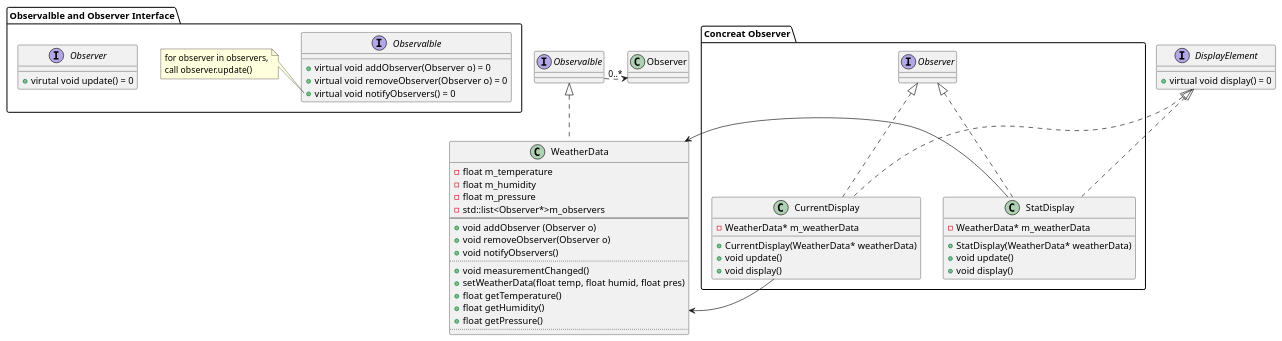
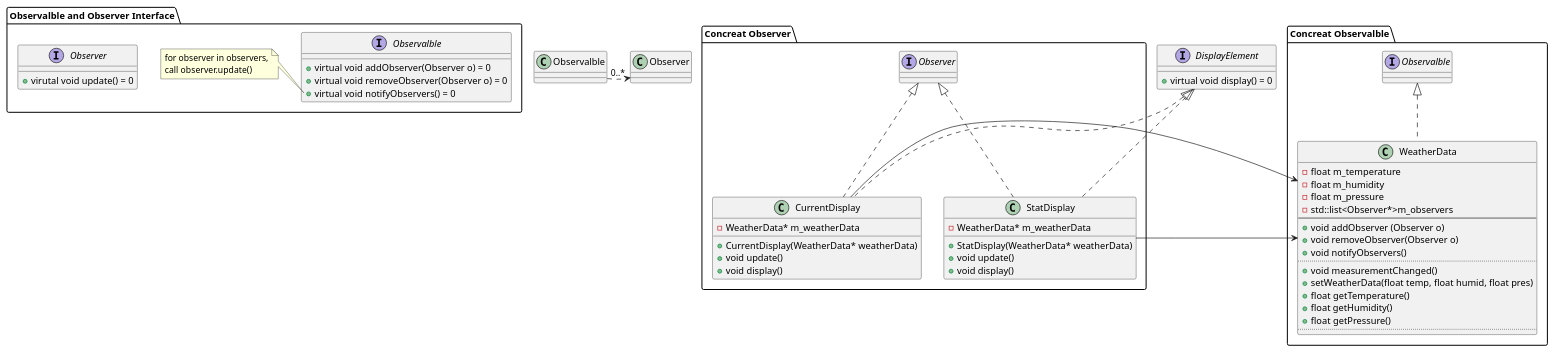
One commit to jwbecalm/Head-First-Design-Patterns-in-CPP changed the diagram in ch02_Observer/plantuml/Observer_class.plantuml. Above: the diagram before and after it, drawn with PlantUML. The commit also changed 5 other files, not shown here.

```diff
--- a/ch02_Observer/plantuml/Observer_class.plantuml
+++ b/ch02_Observer/plantuml/Observer_class.plantuml
@@ -1,96 +1,96 @@
 @startuml Observer Pattern
 package "Observalble and Observer Interface" {
-Interface Observalble{
-    + virtual void addObserver(Observer o) = 0
-    + virtual void removeObserver(Observer o) = 0
-    + virtual void notifyObservers() = 0
-}
-note left of Observalble::notifyObservers
-for observer in observers,
-call observer.update()
-end note
+    Interface Observalble{
+        + virtual void addObserver(Observer o) = 0
+        + virtual void removeObserver(Observer o) = 0
+        + virtual void notifyObservers() = 0
+    }
+    note left of Observalble::notifyObservers
+    for observer in observers,
+    call observer.update()
+    end note
 
-Interface Observer{
-    + virutal void update() = 0
-}
+    Interface Observer{
+        + virutal void update() = 0
+    }
 }
 
 
 
-
+package "Concreat Observalble"{
 class WeatherData implements  Observalble{
     ' store the weather data from weather station
     - float m_temperature
     - float m_humidity
     - float m_pressure
     ' store all the observers' pointer in vector for nothify when weather data changed
     - std::list<Observer*>m_observers 
     --
     + void addObserver (Observer o)
     + void removeObserver(Observer o) 
     + void notifyObservers()
     ..
     ' when weather data changed, this method will be invoked
     + void measurementChanged()
     ' simulate weaher data changed
     + setWeatherData(float temp, float humid, float pres)
     ' get method for Observer use
     + float getTemperature()
     + float getHumidity()
     + float getPressure()
     ' new get method can be add for future requirement
     ..
 }
-
+}
 
 package "Concreat Observer"{
-class CurrentDisplay implements Observer{
-    - WeatherData* m_weatherData
-    + CurrentDisplay(WeatherData* weatherData)
-    + void update()
-    + void display()
-}
+    class CurrentDisplay implements Observer{
+        - WeatherData* m_weatherData
+        + CurrentDisplay(WeatherData* weatherData)
+        + void update()
+        + void display()
+    }
 
-class StatDisplay implements Observer{
-    - WeatherData* m_weatherData
-    + StatDisplay(WeatherData* weatherData)
-    + void update()
-    + void display()
-}
+    class StatDisplay implements Observer{
+        - WeatherData* m_weatherData
+        + StatDisplay(WeatherData* weatherData)
+        + void update()
+        + void display()
+    }
 }
 ' class ForecastDisplay implements Observer, DisplayElement{
 '     - WeatherData* m_weatherData
 '     + ForecastDisplay(WeatherData* weatherData)
 '     + void update()
 '     + void display()
 ' }
 ' class ThirdPartyDisplay implements Observer, DisplayElement{
 '     - WeatherData* m_weatherData
 '     + ThirdPartyDisplay(WeatherData* weatherData)
 '     + void update()
 '     + void display()
 ' }
 
 Interface DisplayElement{
     + virtual void display() = 0
     
 }
 
 
 Observalble ..>"0..*" Observer
 CurrentDisplay --> WeatherData
 StatDisplay --> WeatherData
 'ForecastDisplay --> WeatherData
 'ThirdPartyDisplay --> WeatherData
 
 DisplayElement <|.. CurrentDisplay
 DisplayElement <|.. StatDisplay
 
 'Layout modify
 Observalble -[hidden]> Observer 
 
 WeatherData -[hidden]> CurrentDisplay
 CurrentDisplay -[hidden]> StatDisplay 
 
 
 @enduml
```
